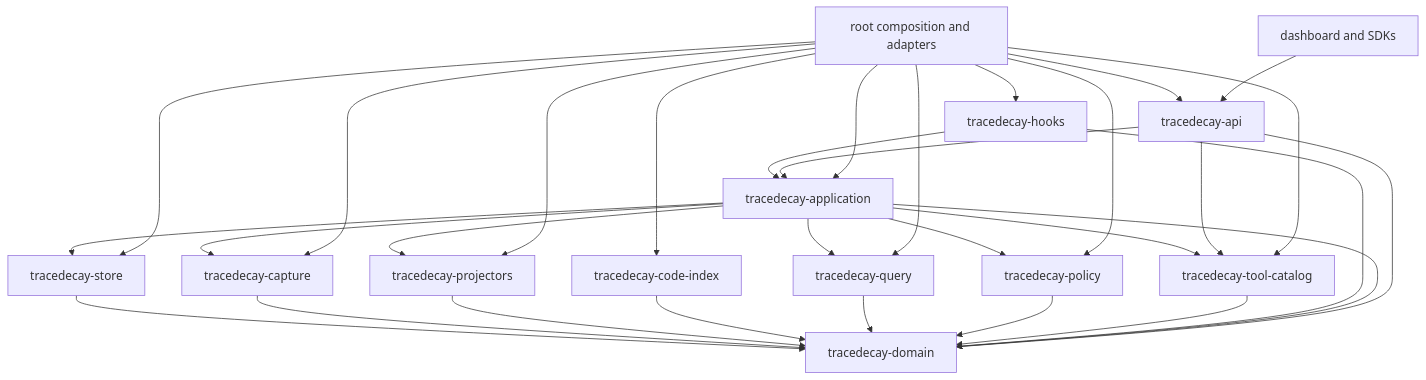
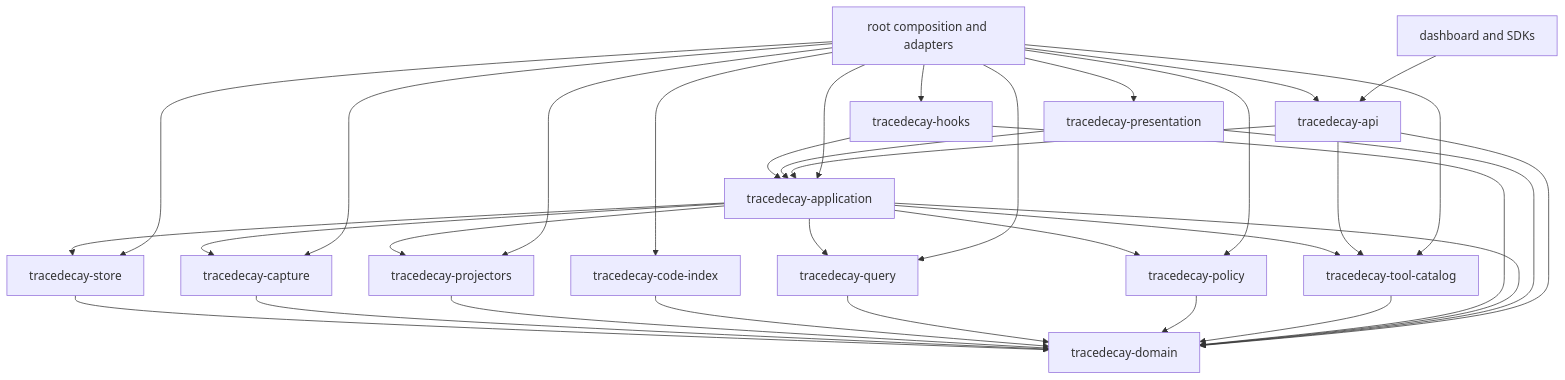
One commit to ScriptedAlchemy/tracedecay changed the diagram in docs/plans/tracedecay-v2/19-system-defragmentation-convergence-and-extensibility.md. Above: the diagram before and after it, drawn with Mermaid. The commit also changed other lines of this file and 27 other files, not shown here.

````diff
--- a/docs/plans/tracedecay-v2/19-system-defragmentation-convergence-and-extensibility.md
+++ b/docs/plans/tracedecay-v2/19-system-defragmentation-convergence-and-extensibility.md
@@ -299,34 +305,37 @@
 ```mermaid
 flowchart TD
     D["tracedecay-domain"]
     S["tracedecay-store"] --> D
     C["tracedecay-capture"] --> D
     J["tracedecay-projectors"] --> D
     CI["tracedecay-code-index"] --> D
     Q["tracedecay-query"] --> D
     P["tracedecay-policy"] --> D
     T["tracedecay-tool-catalog"] --> D
     H["tracedecay-hooks"] --> D
     A["tracedecay-application"] --> D
     A --> S
     A --> C
     A --> J
     A --> Q
     A --> P
     A --> T
     H --> A
+    PR["tracedecay-presentation"] --> A
+    PR --> D
     API["tracedecay-api"] --> A
     API --> D
     API --> T
     R["root composition and adapters"] --> A
     R --> API
     R --> S
     R --> C
     R --> J
     R --> CI
     R --> Q
     R --> P
     R --> H
     R --> T
+    R --> PR
     UI["dashboard and SDKs"] --> API
 ```
````
